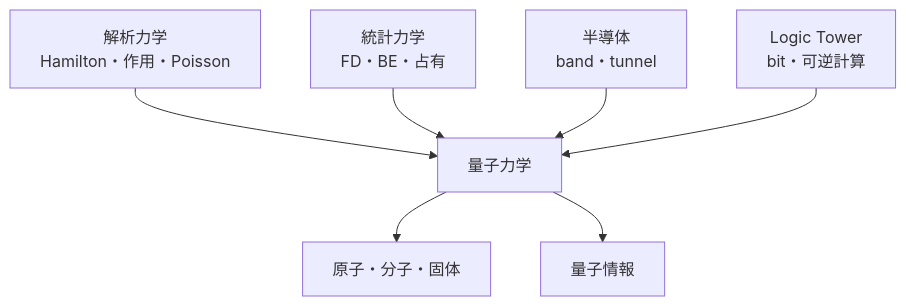
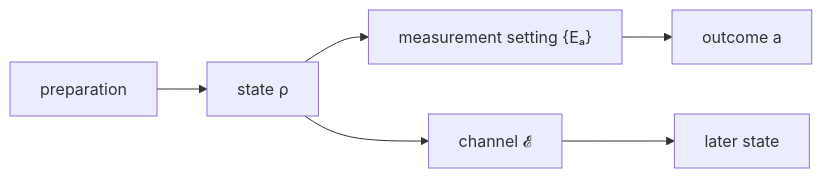
One commit to daysUlab/Learning_with_Codex changed the second of 2 diagrams in physics_tower/07_quantum_mechanics/00_overview.md. Above: the diagram before and after it, drawn with Mermaid. The commit also changed other lines of this file and 13 other files, not shown here.

````diff
--- a/physics_tower/07_quantum_mechanics/00_overview.md
+++ b/physics_tower/07_quantum_mechanics/00_overview.md
@@ -97,9 +51,8 @@
 ```mermaid
-flowchart TD
-    A["解析力学<br/>Hamilton・作用・Poisson"] --> Q["量子力学"]
-    S["統計力学<br/>FD・BE・占有"] --> Q
-    E["半導体<br/>band・tunnel"] --> Q
-    L["Logic Tower<br/>bit・可逆計算"] --> Q
-    Q --> C["原子・分子・固体"]
-    Q --> I["量子情報"]
+flowchart LR
+    P["preparation"] --> R["state ρ"]
+    R --> E["measurement setting {Eₐ}"]
+    E --> O["outcome a"]
+    R --> C["channel 𝓔"]
+    C --> R2["later state"]
 ```
````
